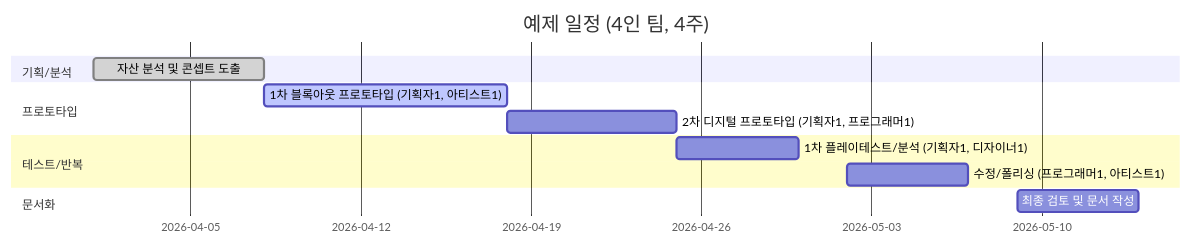
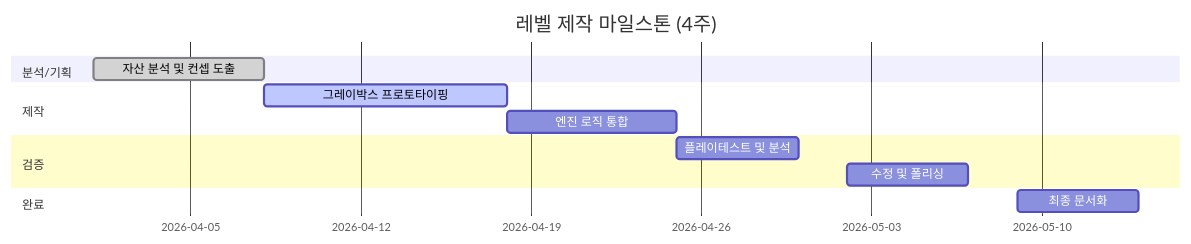
One commit to JM94Ent/TIL-WIL changed the diagram in TIL/2026/04/08_규격 예제 레벨.md. Above: the diagram before and after it, drawn with Mermaid. The commit also changed other lines of this file, not shown here.

````diff
--- a/TIL/2026/04/08_규격 예제 레벨.md
+++ b/TIL/2026/04/08_규격 예제 레벨.md
@@ -84,15 +83,15 @@
 ```mermaid
 gantt
-    title 예제 일정 (4인 팀, 4주)
+    title 레벨 제작 마일스톤 (4주)
     dateFormat  YYYY-MM-DD
-    section 기획/분석
-    자산 분석 및 콘셉트 도출         :done,    2026-04-01, 7d
-    section 프로토타입
-    1차 블록아웃 프로토타입 (기획자1, 아티스트1)   :active, 2026-04-08, 10d
-    2차 디지털 프로토타입 (기획자1, 프로그래머1)   :         2026-04-18, 7d
-    section 테스트/반복
-    1차 플레이테스트/분석 (기획자1, 디자이너1)    :         2026-04-25, 5d
-    수정/폴리싱 (프로그래머1, 아티스트1)           :         2026-05-02, 5d
-    section 문서화
-    최종 검토 및 문서 작성                   :         2026-05-09, 5d
+    section 분석/기획
+    자산 분석 및 컨셉 도출      :done, a1, 2026-04-01, 7d
+    section 제작
+    그레이박스 프로토타이핑    :active, a2, 2026-04-08, 10d
+    엔진 로직 통합            : 2026-04-18, 7d
+    section 검증
+    플레이테스트 및 분석      : 2026-04-25, 5d
+    수정 및 폴리싱            : 2026-05-02, 5d
+    section 완료
+    최종 문서화               : 2026-05-09, 5d
 ```
````
